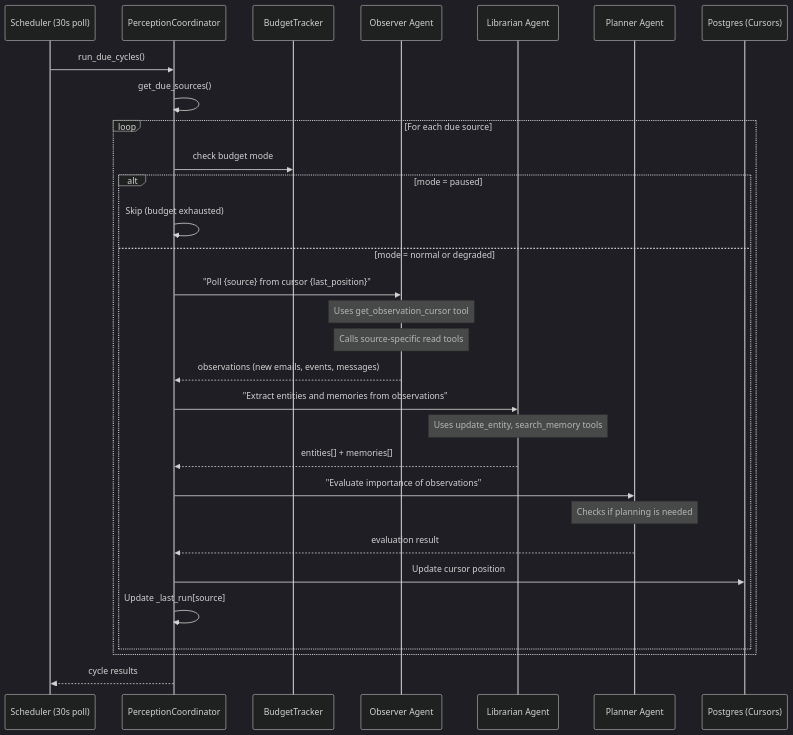
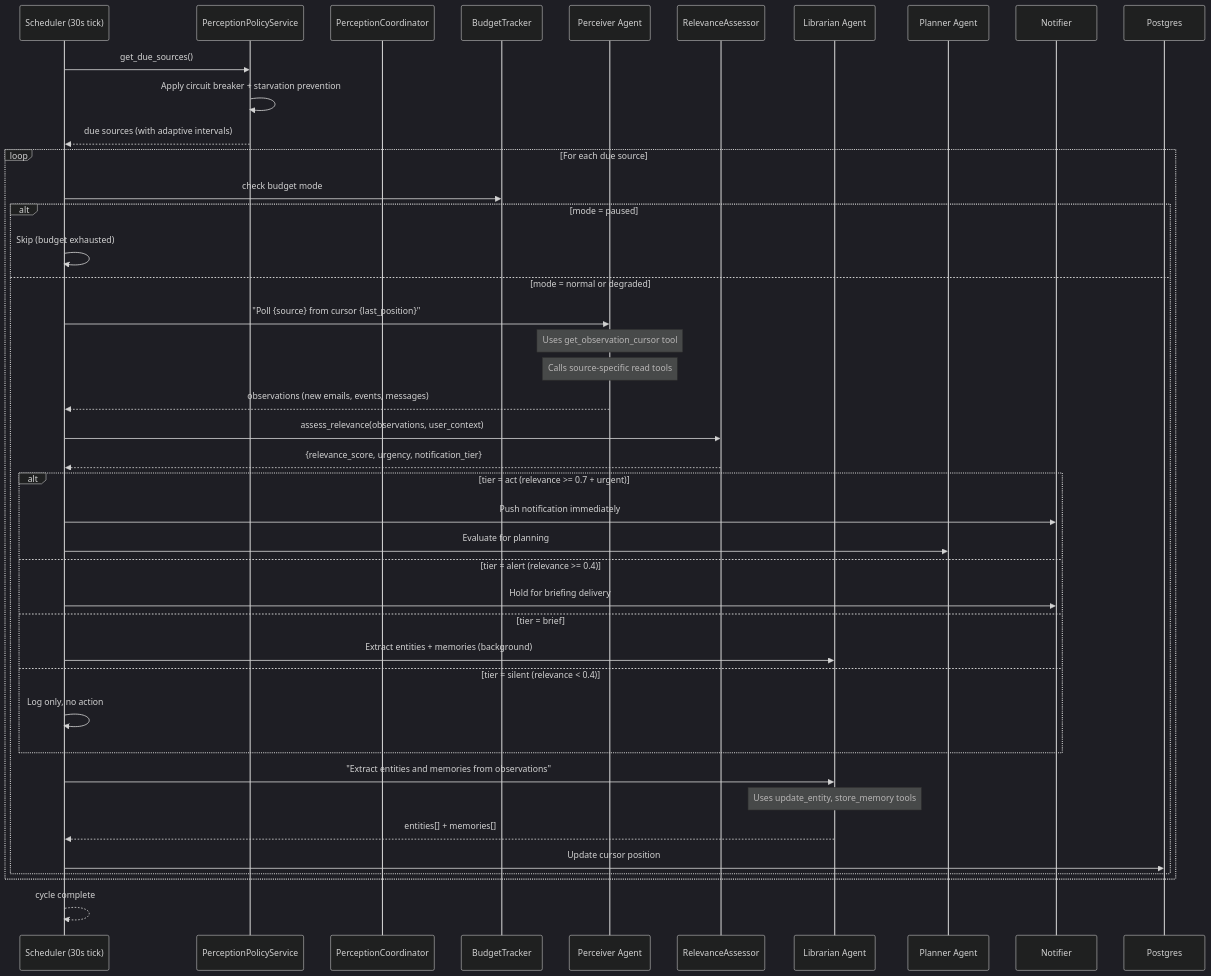
The first of 2 diagrams in docs/architecture/perception.md (shivadharmi/muldro), drawn with Mermaid (dark theme) before and after one commit. The commit also changed other lines of this file and 11 other files, not shown here.

First line of the commit message:
docs: update all architecture docs and README for post-15-spec redesign

````diff
--- a/docs/architecture/perception.md
+++ b/docs/architecture/perception.md
@@ -7,38 +7,51 @@
 ```mermaid
 sequenceDiagram
-    participant SCH as Scheduler (30s poll)
+    participant SCH as Scheduler (30s tick)
+    participant PPS as PerceptionPolicyService
     participant PC as PerceptionCoordinator
     participant BT as BudgetTracker
-    participant OBS as Observer Agent
+    participant PER as Perceiver Agent
+    participant RA as RelevanceAssessor
     participant LIB as Librarian Agent
     participant PL as Planner Agent
-    participant DB as Postgres (Cursors)
+    participant NT as Notifier
+    participant DB as Postgres
 
-    SCH->>PC: run_due_cycles()
-    PC->>PC: get_due_sources()
+    SCH->>PPS: get_due_sources()
+    PPS->>PPS: Apply circuit breaker + starvation prevention
+    PPS-->>SCH: due sources (with adaptive intervals)
 
     loop For each due source
-        PC->>BT: check budget mode
+        SCH->>BT: check budget mode
         alt mode = paused
-            PC->>PC: Skip (budget exhausted)
+            SCH->>SCH: Skip (budget exhausted)
         else mode = normal or degraded
-            PC->>OBS: "Poll {source} from cursor {last_position}"
-            Note over OBS: Uses get_observation_cursor tool
-            Note over OBS: Calls source-specific read tools
-            OBS-->>PC: observations (new emails, events, messages)
+            SCH->>PER: "Poll {source} from cursor {last_position}"
+            Note over PER: Uses get_observation_cursor tool
+            Note over PER: Calls source-specific read tools
+            PER-->>SCH: observations (new emails, events, messages)
 
-            PC->>LIB: "Extract entities and memories from observations"
-            Note over LIB: Uses update_entity, search_memory tools
-            LIB-->>PC: entities[] + memories[]
+            SCH->>RA: assess_relevance(observations, user_context)
+            RA-->>SCH: {relevance_score, urgency, notification_tier}
 
-            PC->>PL: "Evaluate importance of observations"
-            Note over PL: Checks if planning is needed
-            PL-->>PC: evaluation result
+            alt tier = act (relevance >= 0.7 + urgent)
+                SCH->>NT: Push notification immediately
+                SCH->>PL: Evaluate for planning
+            else tier = alert (relevance >= 0.4)
+                SCH->>NT: Hold for briefing delivery
+            else tier = brief
+                SCH->>LIB: Extract entities + memories (background)
+            else tier = silent (relevance < 0.4)
+                SCH->>SCH: Log only, no action
+            end
 
-            PC->>DB: Update cursor position
-            PC->>PC: Update _last_run[source]
+            SCH->>LIB: "Extract entities and memories from observations"
+            Note over LIB: Uses update_entity, store_memory tools
+            LIB-->>SCH: entities[] + memories[]
+
+            SCH->>DB: Update cursor position
         end
     end
 
-    PC-->>SCH: cycle results
+    SCH-->>SCH: cycle complete
 ```
````
